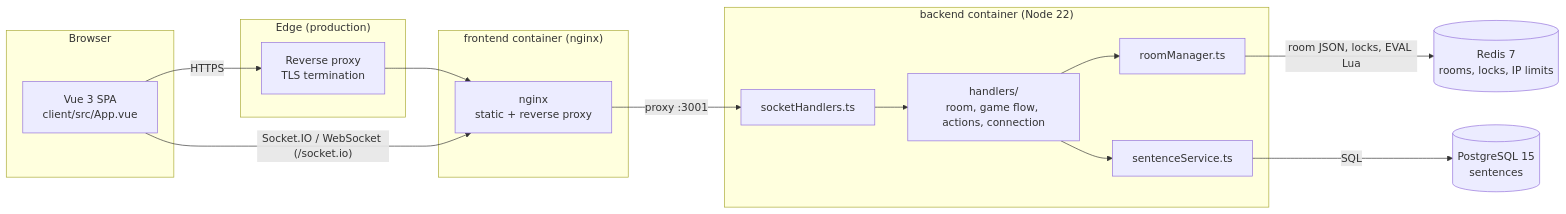
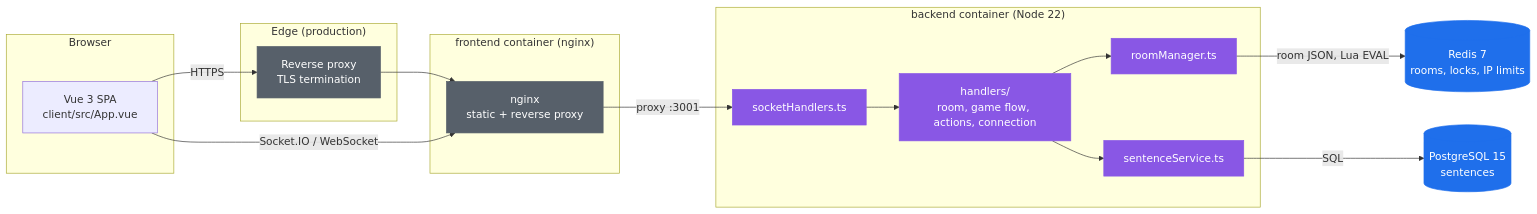
Before and after one commit to TheJaydenProject/type-or-die: the first of 2 diagrams in README.md, drawn with Mermaid. The commit also changed other lines of this file, not shown here.

Commit message:
docs: improve Mermaid diagrams with grounded styling

````diff
--- a/README.md
+++ b/README.md
@@ -156,33 +156,41 @@
 ```mermaid
 flowchart LR
-  subgraph Browser
+  subgraph Browser["Browser"]
     SPA["Vue 3 SPA<br/>client/src/App.vue"]
   end
 
   subgraph Edge["Edge (production)"]
     TR["Reverse proxy<br/>TLS termination"]
   end
 
   subgraph Frontend["frontend container (nginx)"]
     NG["nginx<br/>static + reverse proxy"]
   end
 
   subgraph Backend["backend container (Node 22)"]
     IO["socketHandlers.ts"]
     H["handlers/<br/>room, game flow, actions, connection"]
     RM["roomManager.ts"]
     SS["sentenceService.ts"]
   end
 
   R[("Redis 7<br/>rooms, locks, IP limits")]
   P[("PostgreSQL 15<br/>sentences")]
 
-  SPA -->|HTTPS| TR --> NG
-  SPA -->|"Socket.IO / WebSocket (/socket.io)"| NG
+  SPA -->|HTTPS| TR
+  TR --> NG
+  SPA -->|"Socket.IO / WebSocket"| NG
   NG -->|"proxy :3001"| IO
   IO --> H
   H --> RM
   H --> SS
-  RM -->|"room JSON, locks, EVAL Lua"| R
+  RM -->|"room JSON, Lua EVAL"| R
   SS -->|SQL| P
+
+  classDef edge fill:#57606a,stroke:#57606a,color:#ffffff
+  classDef svc fill:#8957e5,stroke:#8957e5,color:#ffffff
+  classDef store fill:#1f6feb,stroke:#1f6feb,color:#ffffff
+  class TR,NG edge
+  class IO,H,RM,SS svc
+  class R,P store
 ```
````
